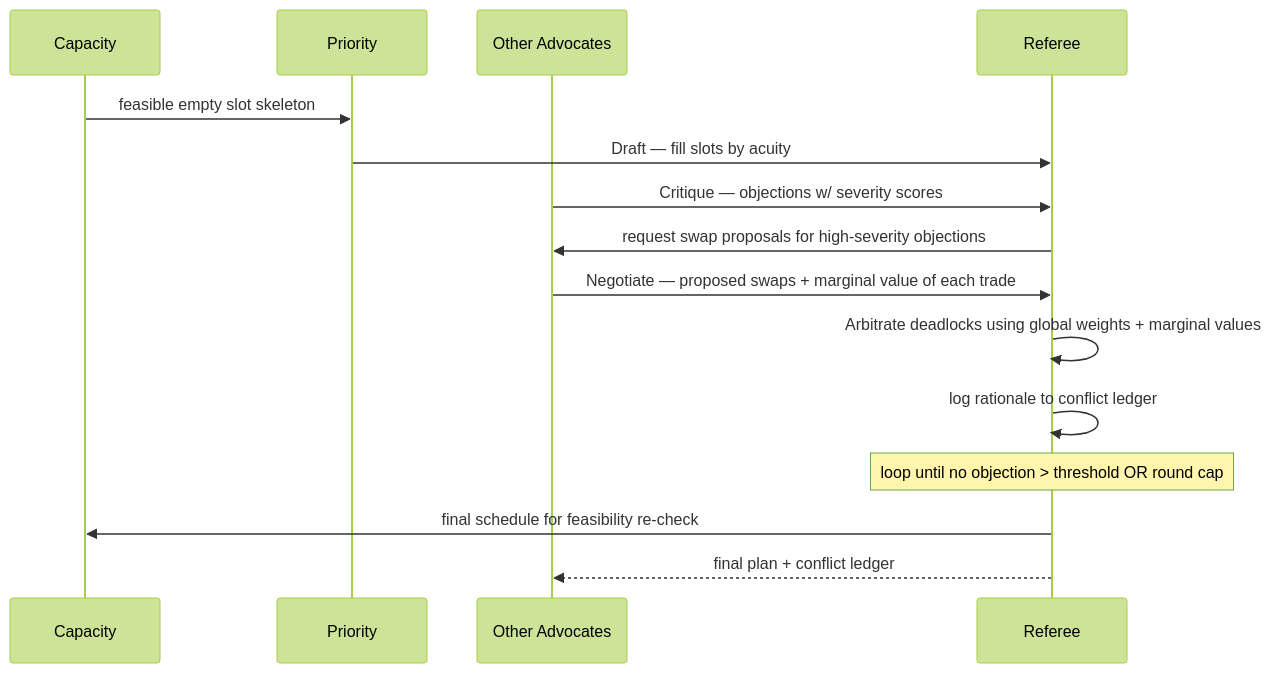
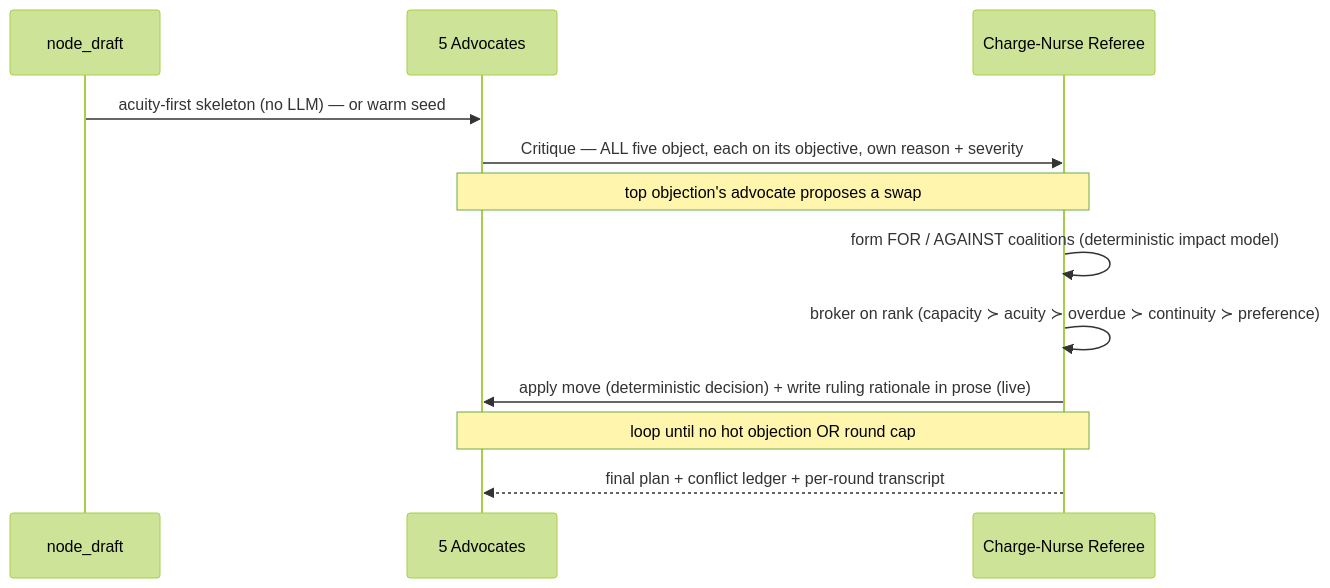
The second of 2 diagrams in docs/RehabPanel_Design_Doc.md (jwlai-cloud/rehabpanel), drawn with Mermaid (forest theme) before and after one commit. The commit also changed other lines of this file and 4 other files, not shown here.

First line of the commit message:
docs: bring design + architecture diagrams current

````diff
--- a/docs/RehabPanel_Design_Doc.md
+++ b/docs/RehabPanel_Design_Doc.md
@@ -101,17 +101,14 @@
 ```mermaid
 sequenceDiagram
-    participant Cap as Capacity
-    participant Pri as Priority
-    participant Adv as Other Advocates
-    participant Ref as Referee
-    Cap->>Pri: feasible empty slot skeleton
-    Pri->>Ref: Draft — fill slots by acuity
-    Adv->>Ref: Critique — objections w/ severity scores
-    Ref->>Adv: request swap proposals for high-severity objections
-    Adv->>Ref: Negotiate — proposed swaps + marginal value of each trade
-    Ref->>Ref: Arbitrate deadlocks using global weights + marginal values
-    Ref->>Ref: log rationale to conflict ledger
-    Note over Ref: loop until no objection > threshold OR round cap
-    Ref->>Cap: final schedule for feasibility re-check
-    Ref-->>Adv: final plan + conflict ledger
+    participant Draft as node_draft
+    participant Adv as 5 Advocates
+    participant Ref as Charge-Nurse Referee
+    Draft->>Adv: acuity-first skeleton (no LLM) — or warm seed
+    Adv->>Ref: Critique — ALL five object, each on its objective, own reason + severity
+    Note over Adv,Ref: top objection's advocate proposes a swap
+    Ref->>Ref: form FOR / AGAINST coalitions (deterministic impact model)
+    Ref->>Ref: broker on rank (capacity ≻ acuity ≻ overdue ≻ continuity ≻ preference)
+    Ref->>Adv: apply move (deterministic decision) + write ruling rationale in prose (live)
+    Note over Adv,Ref: loop until no hot objection OR round cap
+    Ref-->>Adv: final plan + conflict ledger + per-round transcript
 ```
````
